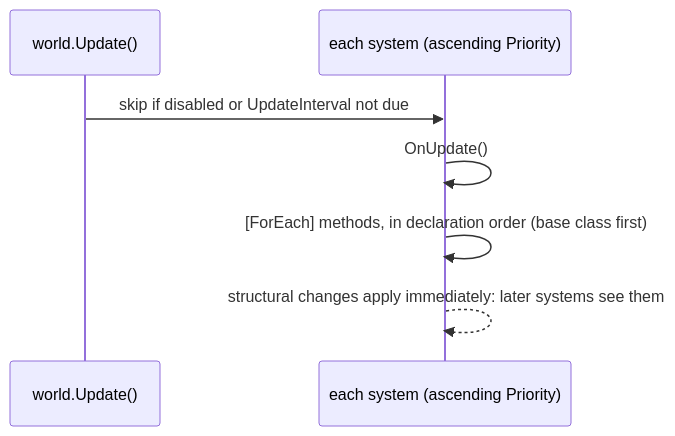
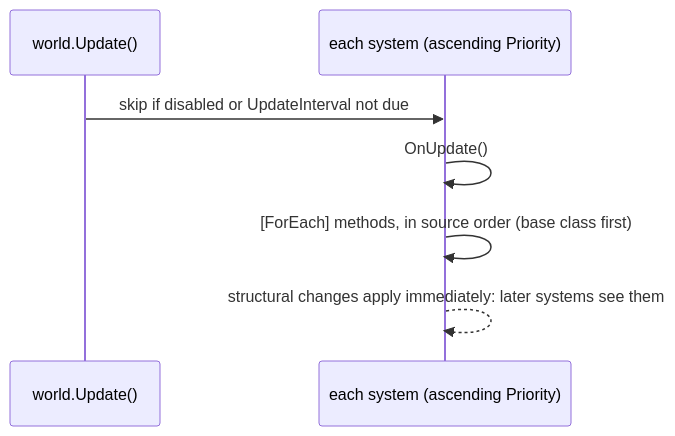
One commit to JasonXuDeveloper/EasyEcs changed the diagram in doc/guide/systems.md. Above: the diagram before and after it, drawn with Mermaid. The commit also changed other lines of this file and 15 other files, not shown here.

````diff
--- a/doc/guide/systems.md
+++ b/doc/guide/systems.md
@@ -27,9 +27,9 @@
 ```mermaid
 sequenceDiagram
     participant U as world.Update()
     participant S as each system (ascending Priority)
     U->>S: skip if disabled or UpdateInterval not due
     S->>S: OnUpdate()
-    S->>S: [ForEach] methods, in declaration order (base class first)
+    S->>S: [ForEach] methods, in source order (base class first)
     S-->>S: structural changes apply immediately: later systems see them
 ```
````
